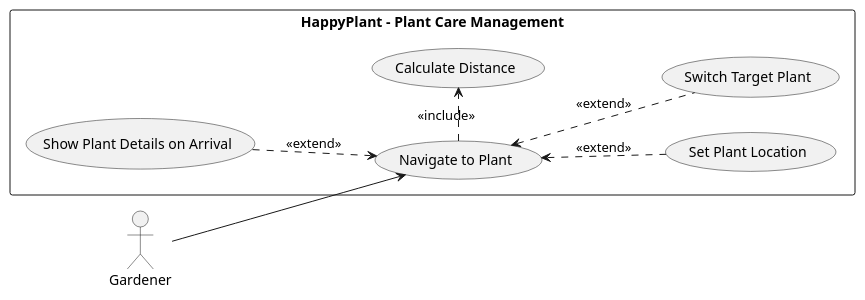
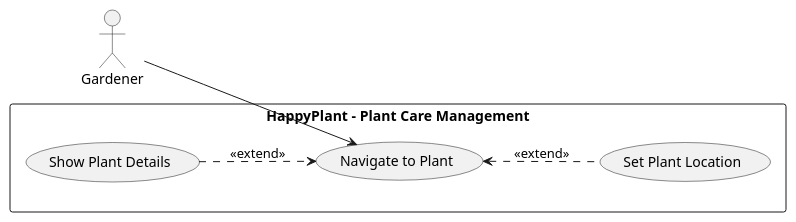
Before and after one commit to jakub-mata/uvod-do-soft-eng: the diagram in docs/uml/use-case-004-uml.plantuml, drawn with PlantUML. The commit also changed 7 other files, not shown here.

Commit message:
Simplify use case diagrams

```diff
--- a/docs/uml/use-case-004-uml.plantuml
+++ b/docs/uml/use-case-004-uml.plantuml
@@ -1,24 +1,18 @@
 @startuml
 left to right direction
 actor "Gardener" as AC_G
 
 rectangle "HappyPlant - Plant Care Management" {
     usecase "Navigate to Plant" as UC_NP
-    usecase "Calculate Distance" as UC_CD
     usecase "Set Plant Location" as UC_SPL
-    usecase "Switch Target Plant" as UC_STP
-    usecase "Show Plant Details on Arrival" as UC_SPDA
+    usecase "Show Plant Details" as UC_SPD
 }
-
-' Calculating distance is a core inclusion for the navigation process
-UC_NP .r.> UC_CD : <<include>>
 
 ' Alternative flows
 UC_SPL .u.> UC_NP : <<extend>>
-UC_STP .u.> UC_NP : <<extend>>
-UC_SPDA .d.> UC_NP : <<extend>>
+UC_SPD .d.> UC_NP : <<extend>>
 
 ' The actor initiates the navigation process
 AC_G --> UC_NP
 
 @enduml
```
